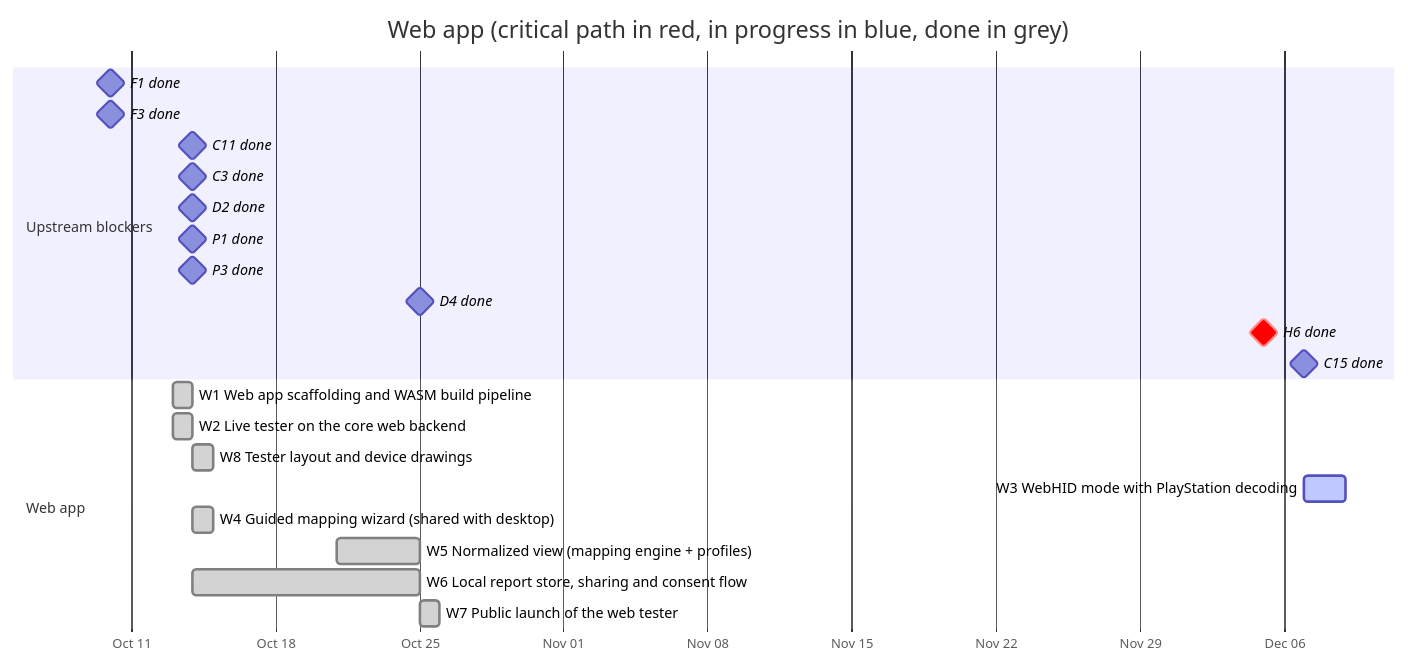
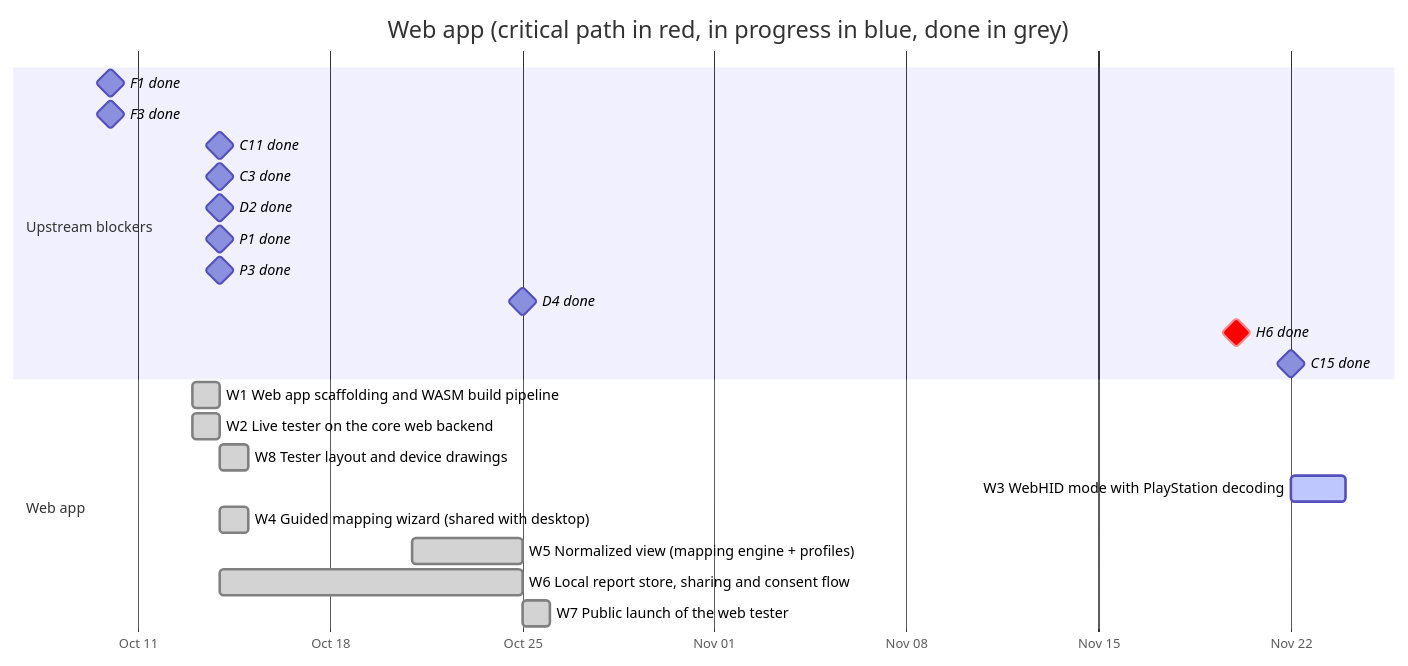
One commit to anygamepad/anygamepad.github.io changed the diagram in ROADMAP/2026-10-31/04-web-app.md. Above: the diagram before and after it, drawn with Mermaid. The commit also changed other lines of this file and 26 other files, not shown here.

````diff
--- a/ROADMAP/2026-10-31/04-web-app.md
+++ b/ROADMAP/2026-10-31/04-web-app.md
@@ -24,26 +24,26 @@
 ```mermaid
 gantt
     dateFormat YYYY-MM-DD
     axisFormat %b %d
     title Web app (critical path in red, in progress in blue, done in grey)
     section Upstream blockers
     F1 done :milestone, f1, 2026-10-10, 0d
     F3 done :milestone, f3, 2026-10-10, 0d
     C11 done :milestone, c11, 2026-10-14, 0d
     C3 done :milestone, c3, 2026-10-14, 0d
     D2 done :milestone, d2, 2026-10-14, 0d
     P1 done :milestone, p1, 2026-10-14, 0d
     P3 done :milestone, p3, 2026-10-14, 0d
     D4 done :milestone, d4, 2026-10-25, 0d
-    H6 done :milestone, crit, h6, 2026-12-05, 0d
-    C15 done :milestone, c15, 2026-12-07, 0d
+    H6 done :milestone, crit, h6, 2026-11-20, 0d
+    C15 done :milestone, c15, 2026-11-22, 0d
     section Web app
     W1 Web app scaffolding and WASM build pipeline :done, w1, 2026-10-13, 1d
     W2 Live tester on the core web backend :done, w2, 2026-10-13, 1d
     W8 Tester layout and device drawings :done, w8, 2026-10-14, 1d
     W3 WebHID mode with PlayStation decoding :active, w3, after w2 c15 w8 h6, 2d
     W4 Guided mapping wizard (shared with desktop) :done, w4, 2026-10-14, 1d
     W5 Normalized view (mapping engine + profiles) :done, w5, 2026-10-21, 4d
     W6 Local report store, sharing and consent flow :done, w6, 2026-10-14, 11d
     W7 Public launch of the web tester :done, w7, 2026-10-25, 1d
 ```
````
